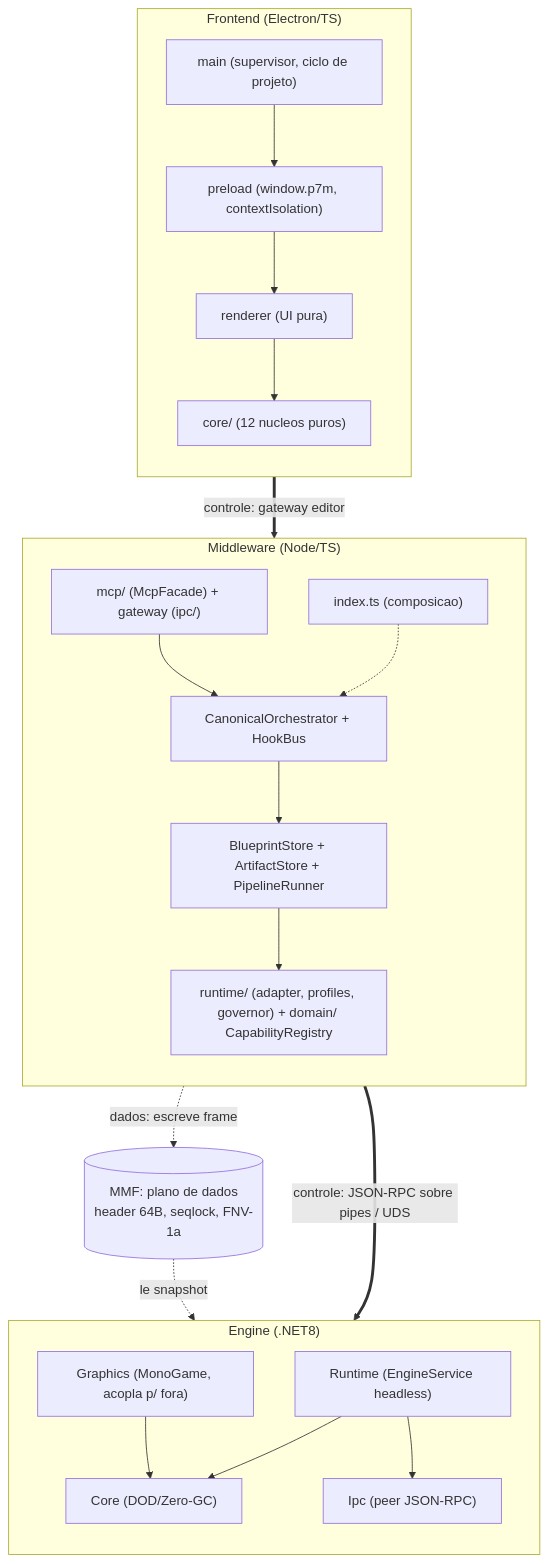
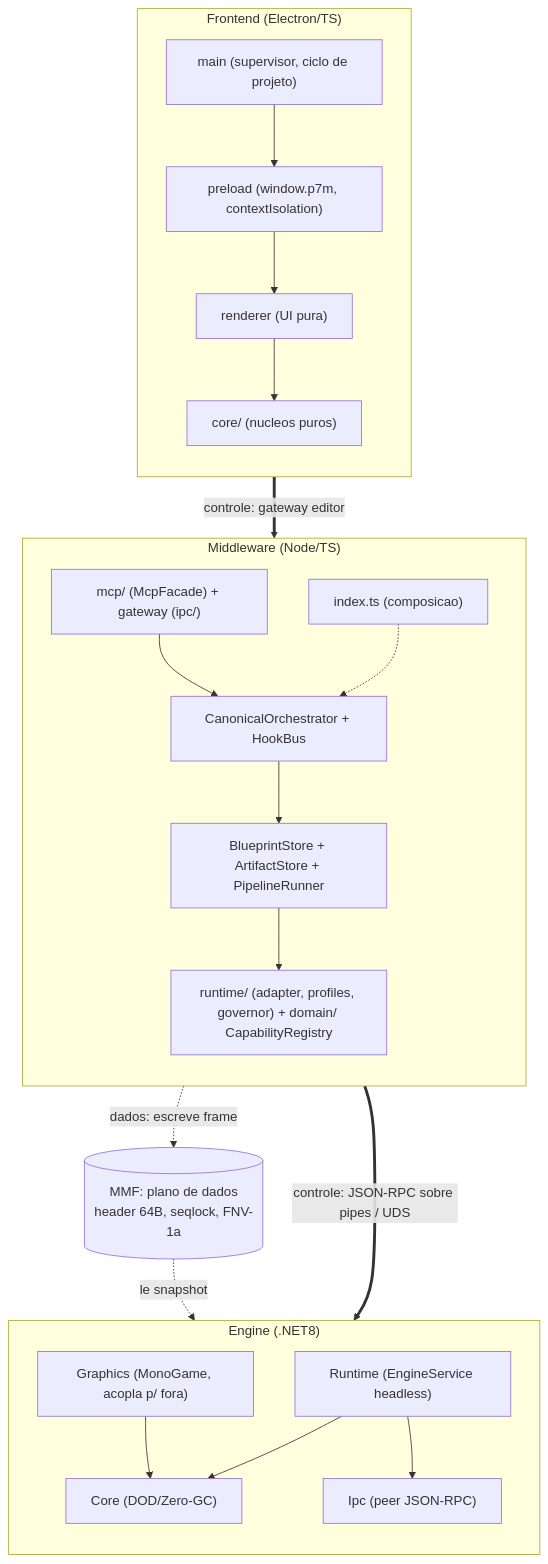
One commit to flaviotinococoutinho/Gridsmith changed the first of 8 diagrams in docs/ARCHITECTURE-SPEC.md. Above: the diagram before and after it, drawn with Mermaid. The commit also changed other lines of this file and 49 other files, not shown here.

````diff
--- a/docs/ARCHITECTURE-SPEC.md
+++ b/docs/ARCHITECTURE-SPEC.md
@@ -221,36 +221,36 @@
 ```mermaid
 graph TD
   subgraph FE["Frontend (Electron/TS)"]
     direction TB
     FEmain["main (supervisor, ciclo de projeto)"]
     FEpre["preload (window.p7m, contextIsolation)"]
     FErnd["renderer (UI pura)"]
-    FEcore["core/ (12 nucleos puros)"]
+    FEcore["core/ (nucleos puros)"]
     FEmain --> FEpre --> FErnd --> FEcore
   end
   subgraph MW["Middleware (Node/TS)"]
     direction TB
     MWmcp["mcp/ (McpFacade) + gateway (ipc/)"]
     MWcanon["CanonicalOrchestrator + HookBus"]
     MWstore["BlueprintStore + ArtifactStore + PipelineRunner"]
     MWrt["runtime/ (adapter, profiles, governor) + domain/ CapabilityRegistry"]
     MWidx["index.ts (composicao)"]
     MWmcp --> MWcanon --> MWstore --> MWrt
     MWidx -.-> MWcanon
   end
   subgraph EN["Engine (.NET8)"]
     direction TB
     ENrt["Runtime (EngineService headless)"]
     ENipc["Ipc (peer JSON-RPC)"]
     ENcore["Core (DOD/Zero-GC)"]
     ENgfx["Graphics (MonoGame, acopla p/ fora)"]
     ENrt --> ENcore
     ENrt --> ENipc
     ENgfx --> ENcore
   end
   MMF[("MMF: plano de dados<br/>header 64B, seqlock, FNV-1a")]
   FEpre == "controle: gateway editor" ==> MWmcp
   MWidx == "controle: JSON-RPC sobre pipes / UDS" ==> ENipc
   MWrt -. "dados: escreve frame" .-> MMF
   MMF -. "le snapshot" .-> ENrt
 ```
````
